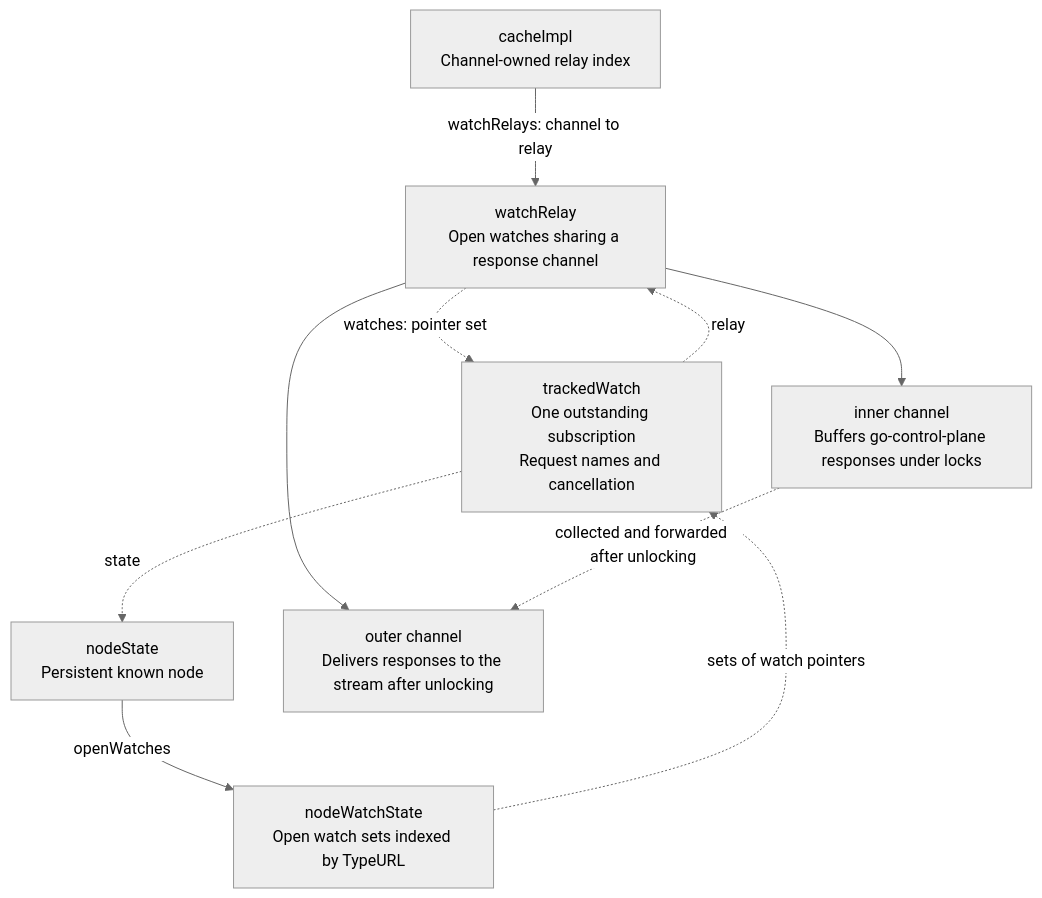
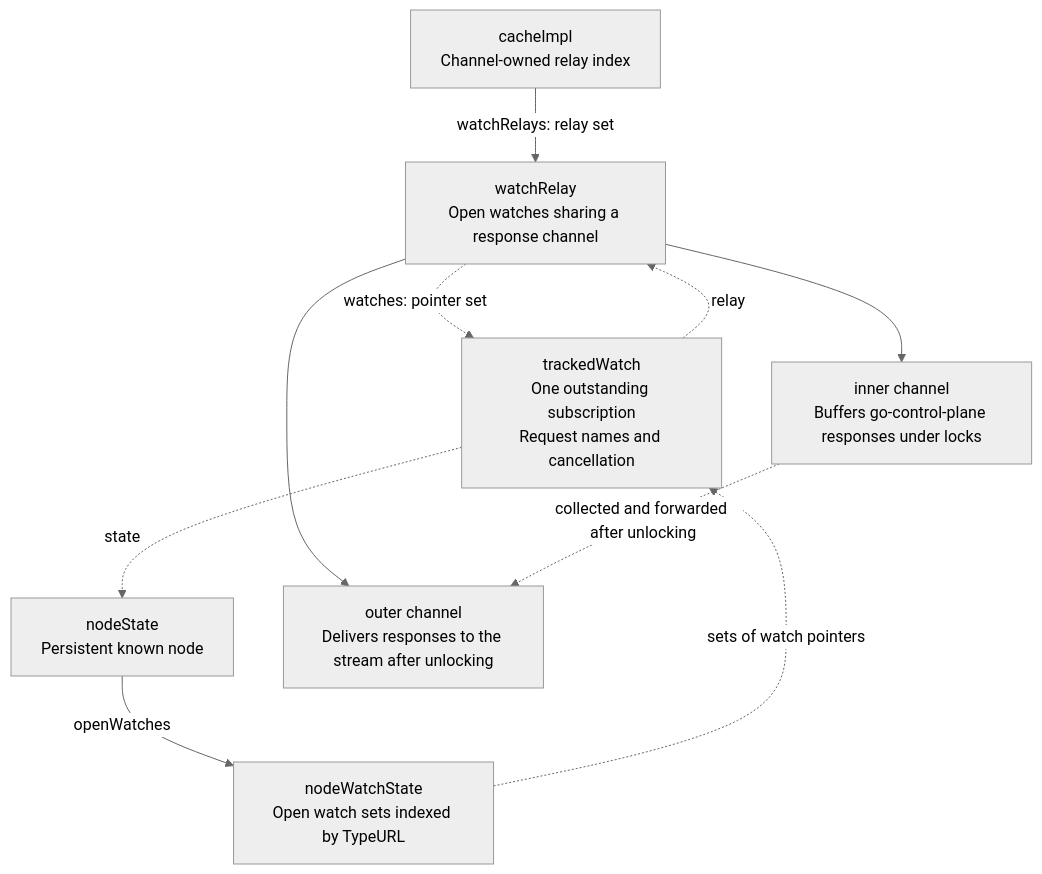
One commit to cilium/cilium changed the second of 4 diagrams in pkg/envoy/xdsnew/design.md. Above: the diagram before and after it, drawn with Mermaid (neutral theme). The commit also changed 13 other files, not shown here.

````diff
--- a/pkg/envoy/xdsnew/design.md
+++ b/pkg/envoy/xdsnew/design.md
@@ -290,20 +290,20 @@
 ```mermaid
 flowchart TD
     cache["cacheImpl<br/>Channel-owned relay index"]
     node["nodeState<br/>Persistent known node"]
     watches["nodeWatchState<br/>Open watch sets indexed by TypeURL"]
     watch["trackedWatch<br/>One outstanding subscription<br/>Request names and cancellation"]
     relay["watchRelay<br/>Open watches sharing a response channel"]
     inner["inner channel<br/>Buffers go-control-plane responses under locks"]
     outer["outer channel<br/>Delivers responses to the stream after unlocking"]
 
-    cache -->|watchRelays: channel to relay| relay
+    cache -->|watchRelays: relay set| relay
     node -->|openWatches| watches
     watches -.->|sets of watch pointers| watch
     relay -.->|watches: pointer set| watch
     watch -.->|state| node
     watch -.->|relay| relay
     relay --> inner
     relay --> outer
     inner -.->|collected and forwarded after unlocking| outer
 ```
````
